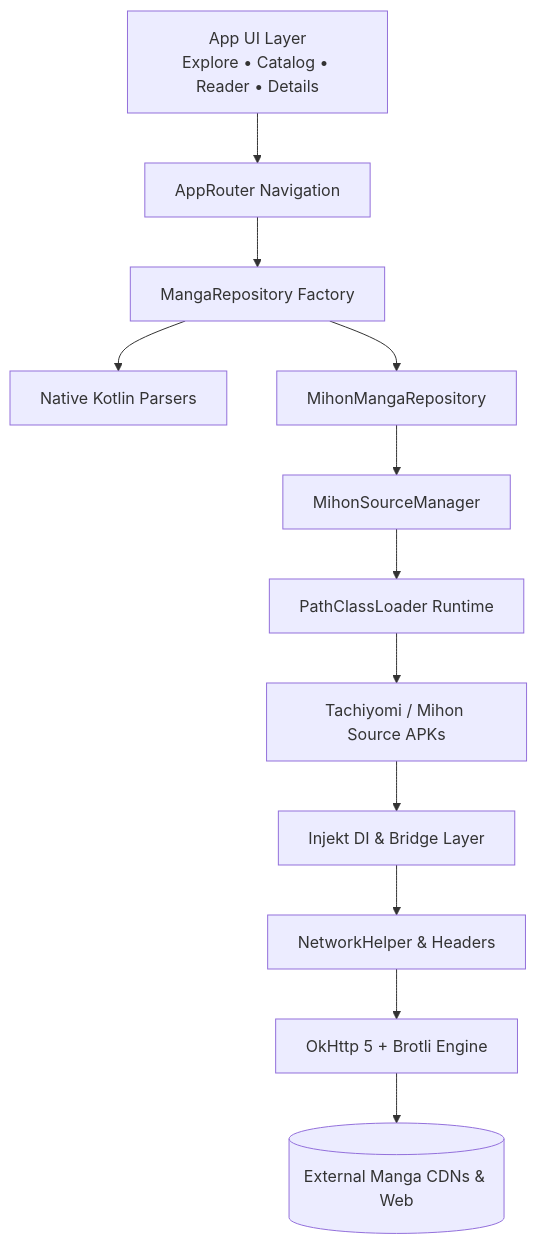
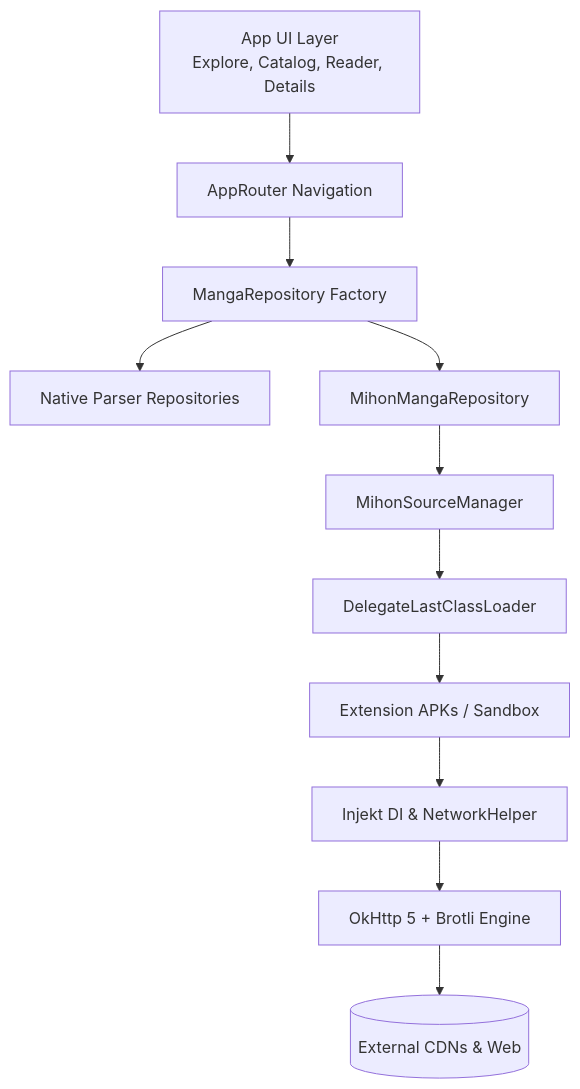
One commit to zeravrix/ZERAVRIX-Phone changed the diagram in README.md. Above: the diagram before and after it, drawn with Mermaid. The commit also changed other lines of this file and 57 other files, not shown here.

Commit message:
Fix extension loading with DelegateLastClassLoaderCompat, auto-trust, Brotli bridge, and catalog integration

````diff
--- a/README.md
+++ b/README.md
@@ -49,17 +48,15 @@
 ```mermaid
 graph TD
-    UI[App UI Layer<br/>Explore • Catalog • Reader • Details] --> Router[AppRouter Navigation]
+    UI[App UI Layer<br/>Explore, Catalog, Reader, Details] --> Router[AppRouter Navigation]
     Router --> Repositories[MangaRepository Factory]
-    
-    Repositories --> NativeRepo[Native Kotlin Parsers]
+    Repositories --> NativeRepo[Native Parser Repositories]
     Repositories --> MihonRepo[MihonMangaRepository]
     
     MihonRepo --> SourceManager[MihonSourceManager]
-    SourceManager --> Sandbox[PathClassLoader Runtime]
-    Sandbox --> ExtAPK[Tachiyomi / Mihon Source APKs]
+    SourceManager --> ClassLoader[DelegateLastClassLoader]
+    ClassLoader --> ExtAPK[Extension APKs / Sandbox]
     
-    ExtAPK --> Injekt[Injekt DI & Bridge Layer]
-    Injekt --> NetworkHelper[NetworkHelper & Headers]
-    NetworkHelper --> OkHttp[OkHttp 5 + Brotli Engine]
-    OkHttp --> Internet[(External Manga CDNs & Web)]
+    ExtAPK --> Injekt[Injekt DI & NetworkHelper]
+    Injekt --> OkHttp[OkHttp 5 + Brotli Engine]
+    OkHttp --> Network[(External CDNs & Web)]
 ```
````
